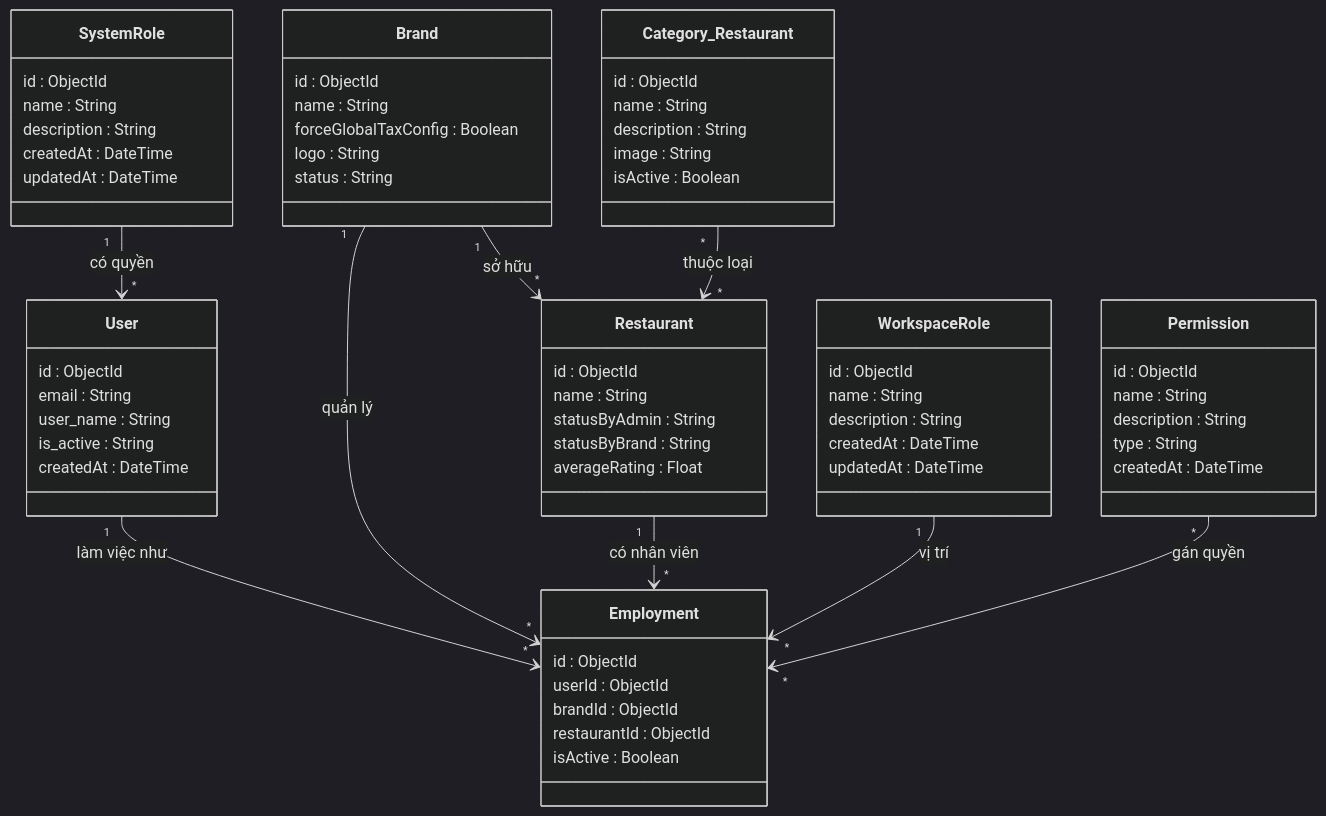
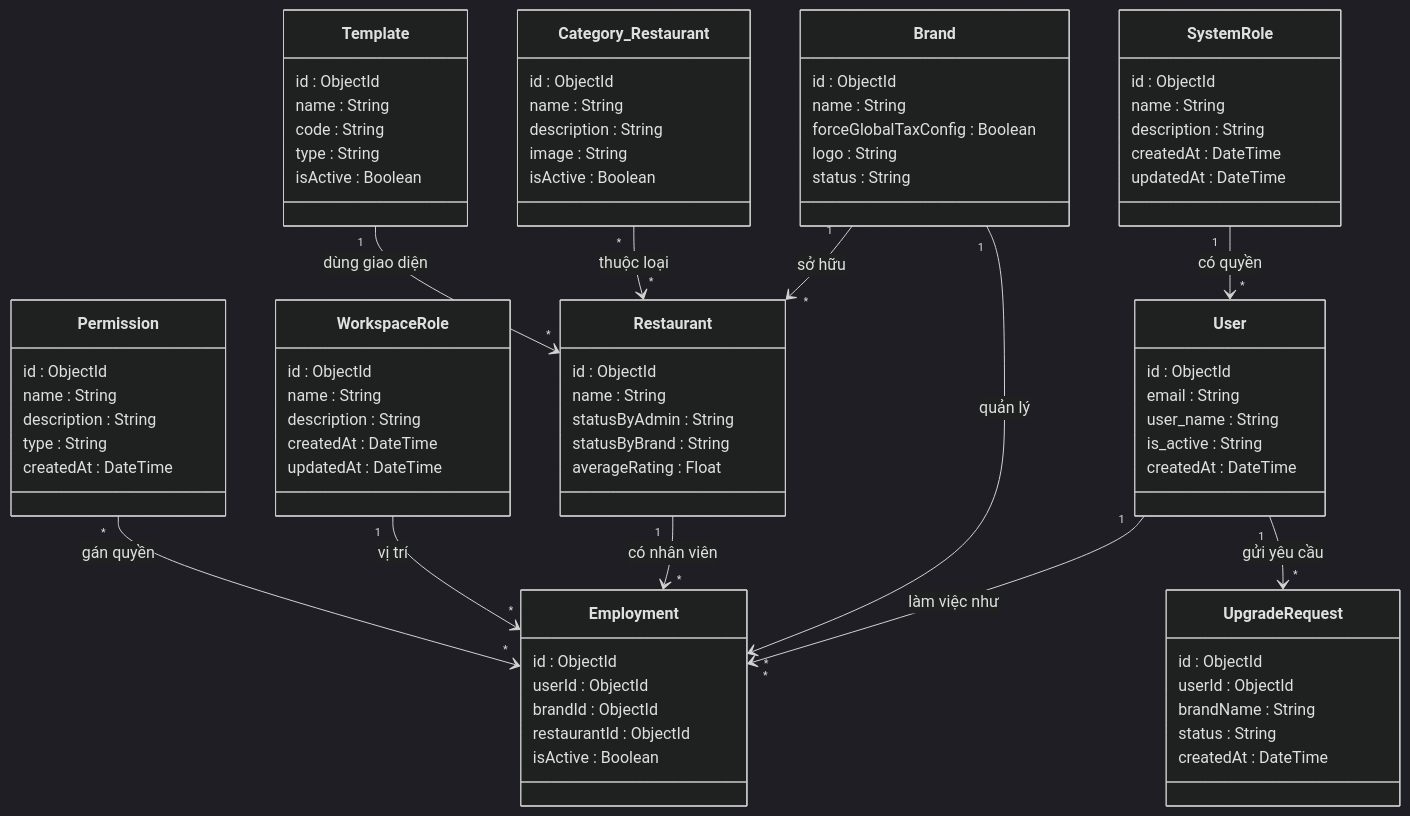
One commit to nguyenhocweb/QuanLyNhaHangorQuanNuoc changed the first of 7 diagrams in README.md. Above: the diagram before and after it, drawn with Mermaid. The commit also changed other lines of this file, not shown here.

Commit message:
docs: add all 73 missing tables to architectural review and split into 7 domains for complete coverage

````diff
--- a/README.md
+++ b/README.md
@@ -23,6 +23,8 @@
     WorkspaceRole "1" --> "*" Employment : vị trí
     Permission "*" --> "*" Employment : gán quyền
     Category_Restaurant "*" --> "*" Restaurant : thuộc loại
+    Template "1" --> "*" Restaurant : dùng giao diện
+    User "1" --> "*" UpgradeRequest : gửi yêu cầu
 
     class Brand {
         id : ObjectId
@@ -80,4 +82,18 @@
         image : String
         isActive : Boolean
     }
+    class Template {
+        id : ObjectId
+        name : String
+        code : String
+        type : String
+        isActive : Boolean
+    }
+    class UpgradeRequest {
+        id : ObjectId
+        userId : ObjectId
+        brandName : String
+        status : String
+        createdAt : DateTime
+    }
 ```
````
